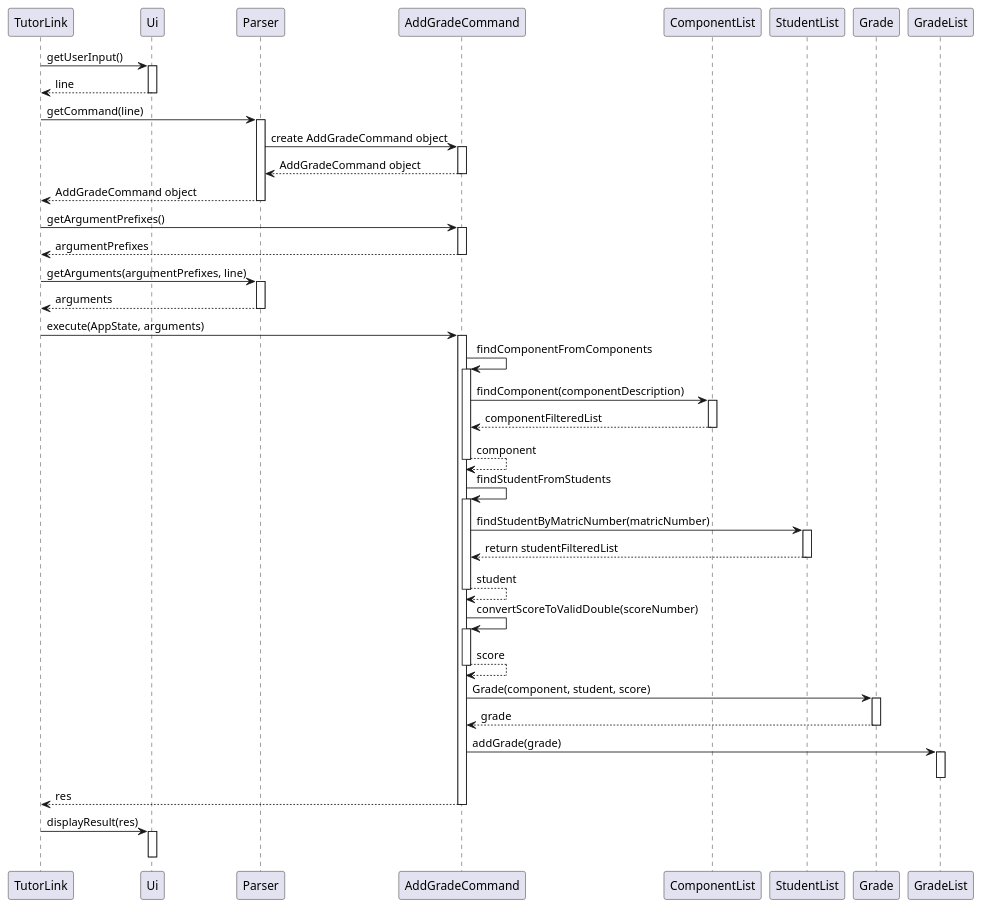
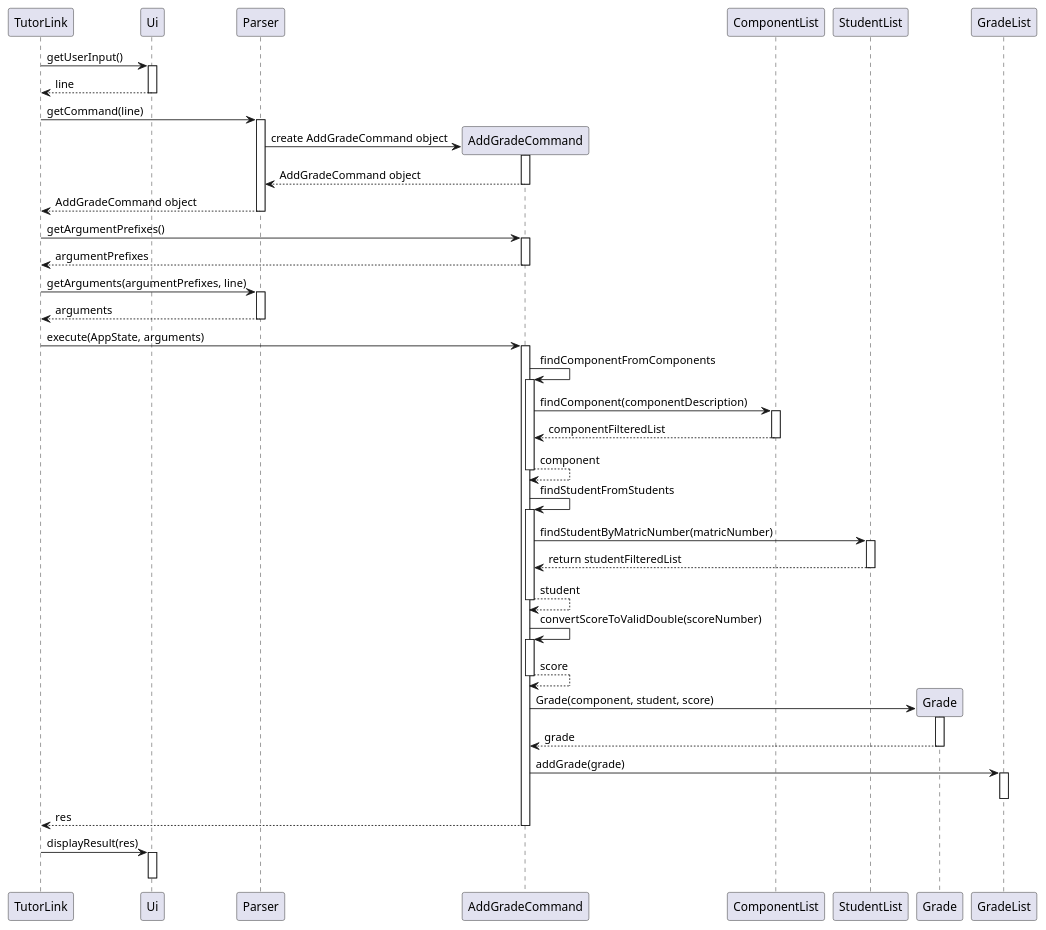
The diagram in docs/diagrams/AddGradeCommand.puml (yeekian/tp), drawn with PlantUML before and after one commit.

Commit message:
Modify AddGradeCommand Sequence Diagram

```diff
--- a/docs/diagrams/AddGradeCommand.puml
+++ b/docs/diagrams/AddGradeCommand.puml
@@ -1,75 +1,77 @@
 @startuml
 
 TutorLink -> Ui : getUserInput()
 activate Ui
 TutorLink <-- Ui: line
 deactivate Ui
 
 TutorLink -> Parser : getCommand(line)
 activate Parser
+create AddGradeCommand
 Parser -> AddGradeCommand : create AddGradeCommand object
 
 activate AddGradeCommand
 Parser <-- AddGradeCommand : AddGradeCommand object
 deactivate AddGradeCommand
 TutorLink <-- Parser : AddGradeCommand object
 
 deactivate Parser
 
 TutorLink -> AddGradeCommand : getArgumentPrefixes()
 activate AddGradeCommand
 TutorLink <-- AddGradeCommand : argumentPrefixes
 deactivate AddGradeCommand
 
 TutorLink -> Parser : getArguments(argumentPrefixes, line)
 activate Parser
 TutorLink <-- Parser : arguments
 deactivate Parser
 
 TutorLink -> AddGradeCommand : execute(AppState, arguments)
 activate AddGradeCommand
 
 AddGradeCommand -> AddGradeCommand : findComponentFromComponents
 activate AddGradeCommand
 AddGradeCommand -> ComponentList : findComponent(componentDescription)
 activate ComponentList
 AddGradeCommand <-- ComponentList : componentFilteredList
 deactivate ComponentList
 AddGradeCommand --> AddGradeCommand : component
 deactivate AddGradeCommand
 
 
 
 AddGradeCommand -> AddGradeCommand : findStudentFromStudents
 activate AddGradeCommand
 AddGradeCommand -> StudentList : findStudentByMatricNumber(matricNumber)
 activate StudentList
 AddGradeCommand <-- StudentList : return studentFilteredList
 deactivate StudentList
 AddGradeCommand --> AddGradeCommand : student
 deactivate AddGradeCommand
 
 AddGradeCommand -> AddGradeCommand : convertScoreToValidDouble(scoreNumber)
 activate AddGradeCommand
 AddGradeCommand --> AddGradeCommand : score
 deactivate AddGradeCommand
 
+Create Grade
 AddGradeCommand -> Grade : Grade(component, student, score)
 activate Grade
 AddGradeCommand <-- Grade : grade
 deactivate Grade
 
 AddGradeCommand -> GradeList : addGrade(grade)
 activate GradeList
 deactivate GradeList
 
 
 TutorLink <-- AddGradeCommand  : res
 deactivate AddGradeCommand
 
 TutorLink -> Ui : displayResult(res)
 activate Ui
 deactivate Ui
 
 
 @enduml
```
